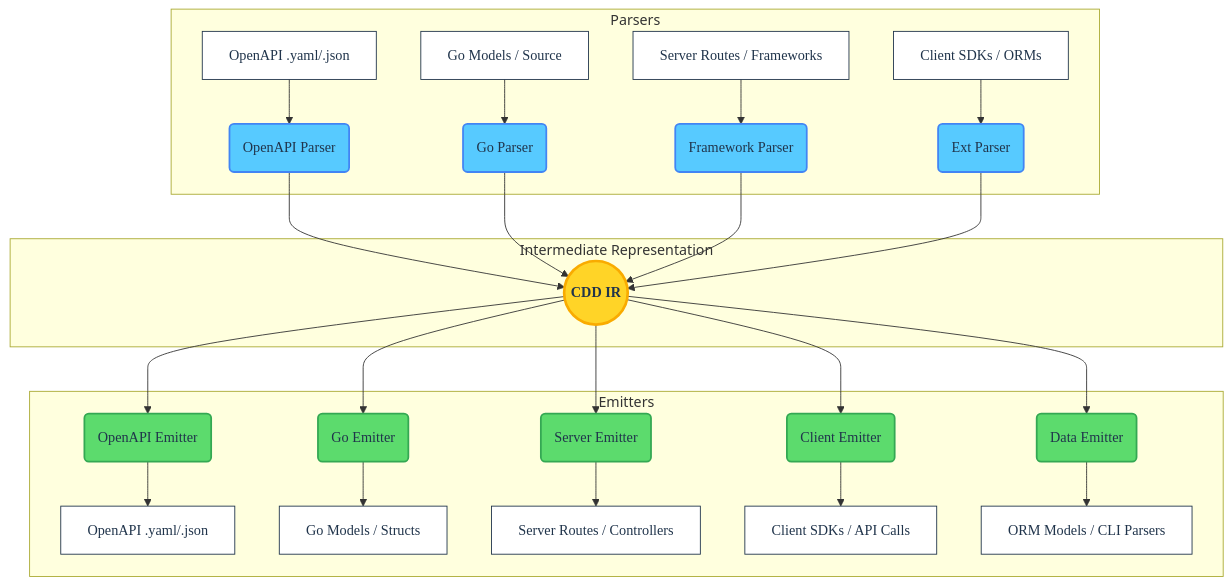
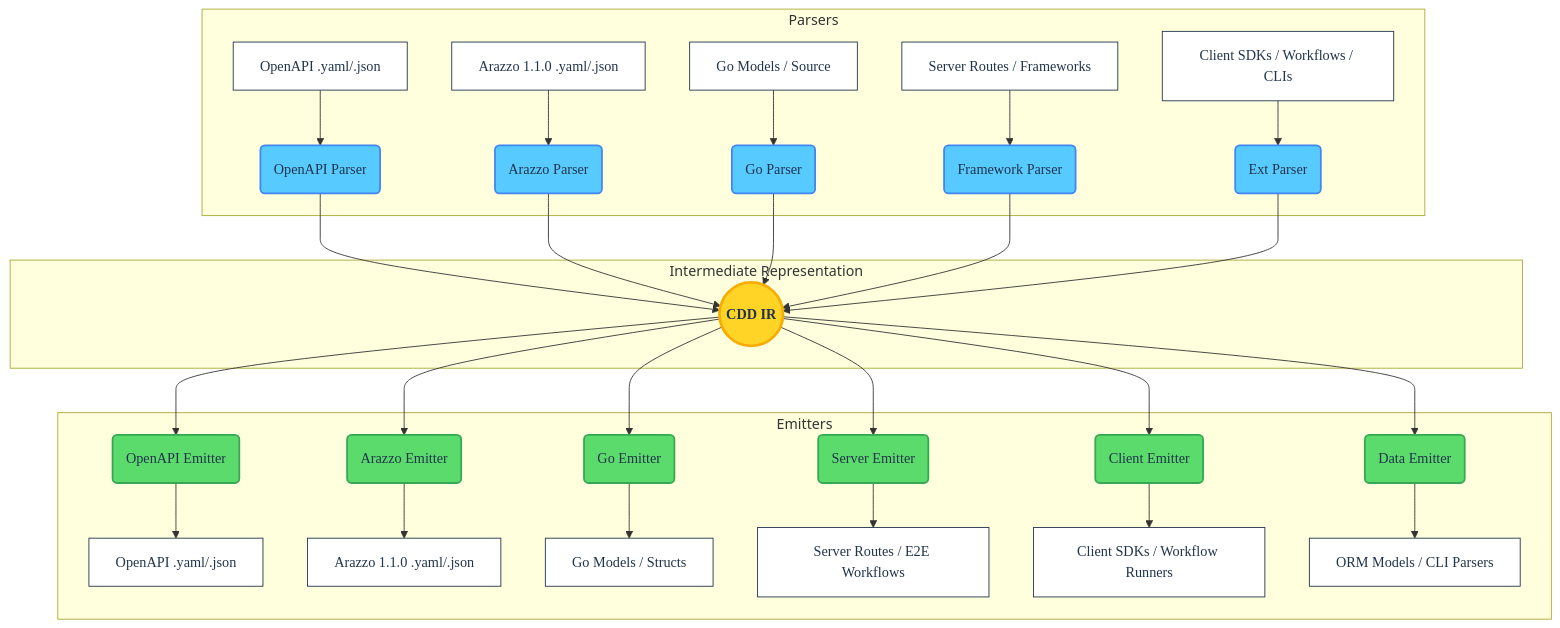
One commit to SamuelMarks/cdd-go changed the diagram in ARCHITECTURE.md. Above: the diagram before and after it, drawn with Mermaid. The commit also changed 58 other files, not shown here.

````diff
--- a/ARCHITECTURE.md
+++ b/ARCHITECTURE.md
@@ -14,38 +14,42 @@
 ```mermaid
 graph TD
     %% Styling Definitions
     classDef frontend fill:#57caff,stroke:#4285f4,stroke-width:2px,color:#20344b,font-family:Roboto Mono
     classDef core fill:#ffd427,stroke:#f9ab00,stroke-width:3px,color:#20344b,font-family:Google Sans,font-weight:bold
     classDef backend fill:#5cdb6d,stroke:#34a853,stroke-width:2px,color:#20344b,font-family:Roboto Mono
     classDef endpoint fill:#ffffff,stroke:#20344b,stroke-width:1px,color:#20344b,font-family:Google Sans
 
     subgraph Frontend [Parsers]
         A[OpenAPI .yaml/.json]:::endpoint --> P1(OpenAPI Parser):::frontend
+        A2[Arazzo 1.1.0 .yaml/.json]:::endpoint --> P5(Arazzo Parser):::frontend
         B[Go Models / Source]:::endpoint --> P2(Go Parser):::frontend
         C[Server Routes / Frameworks]:::endpoint --> P3(Framework Parser):::frontend
-        D[Client SDKs / ORMs]:::endpoint --> P4(Ext Parser):::frontend
+        D[Client SDKs / Workflows / CLIs]:::endpoint --> P4(Ext Parser):::frontend
     end
 
     subgraph Core [Intermediate Representation]
         IR((CDD IR)):::core
     end
 
     subgraph Backend [Emitters]
         E1(OpenAPI Emitter):::backend --> X[OpenAPI .yaml/.json]:::endpoint
+        E6(Arazzo Emitter):::backend --> X2[Arazzo 1.1.0 .yaml/.json]:::endpoint
         E2(Go Emitter):::backend --> Y[Go Models / Structs]:::endpoint
-        E3(Server Emitter):::backend --> Z[Server Routes / Controllers]:::endpoint
-        E4(Client Emitter):::backend --> W[Client SDKs / API Calls]:::endpoint
+        E3(Server Emitter):::backend --> Z[Server Routes / E2E Workflows]:::endpoint
+        E4(Client Emitter):::backend --> W[Client SDKs / Workflow Runners]:::endpoint
         E5(Data Emitter):::backend --> V[ORM Models / CLI Parsers]:::endpoint
     end
 
     P1 --> IR
+    P5 --> IR
     P2 --> IR
     P3 --> IR
     P4 --> IR
 
     IR --> E1
+    IR --> E6
     IR --> E2
     IR --> E3
     IR --> E4
     IR --> E5
 ```
````
